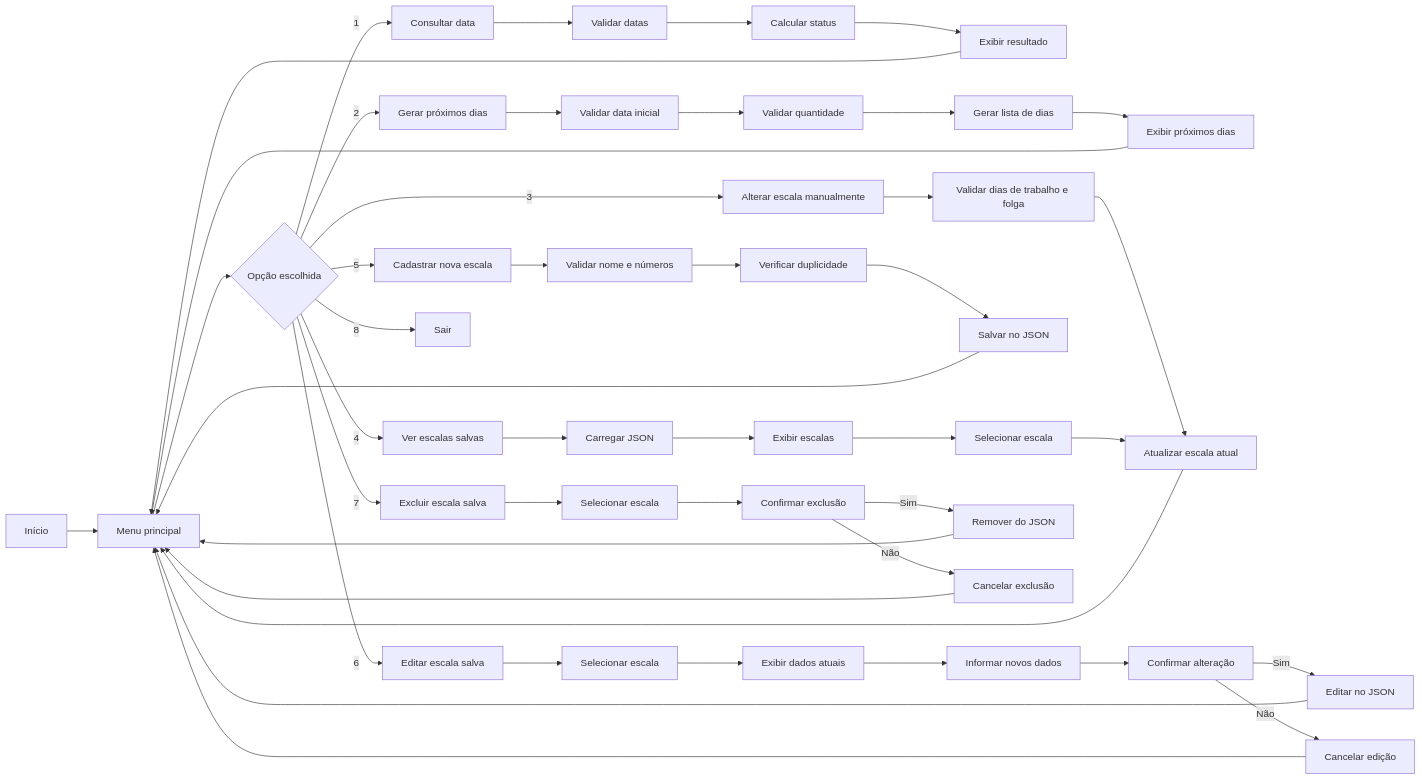
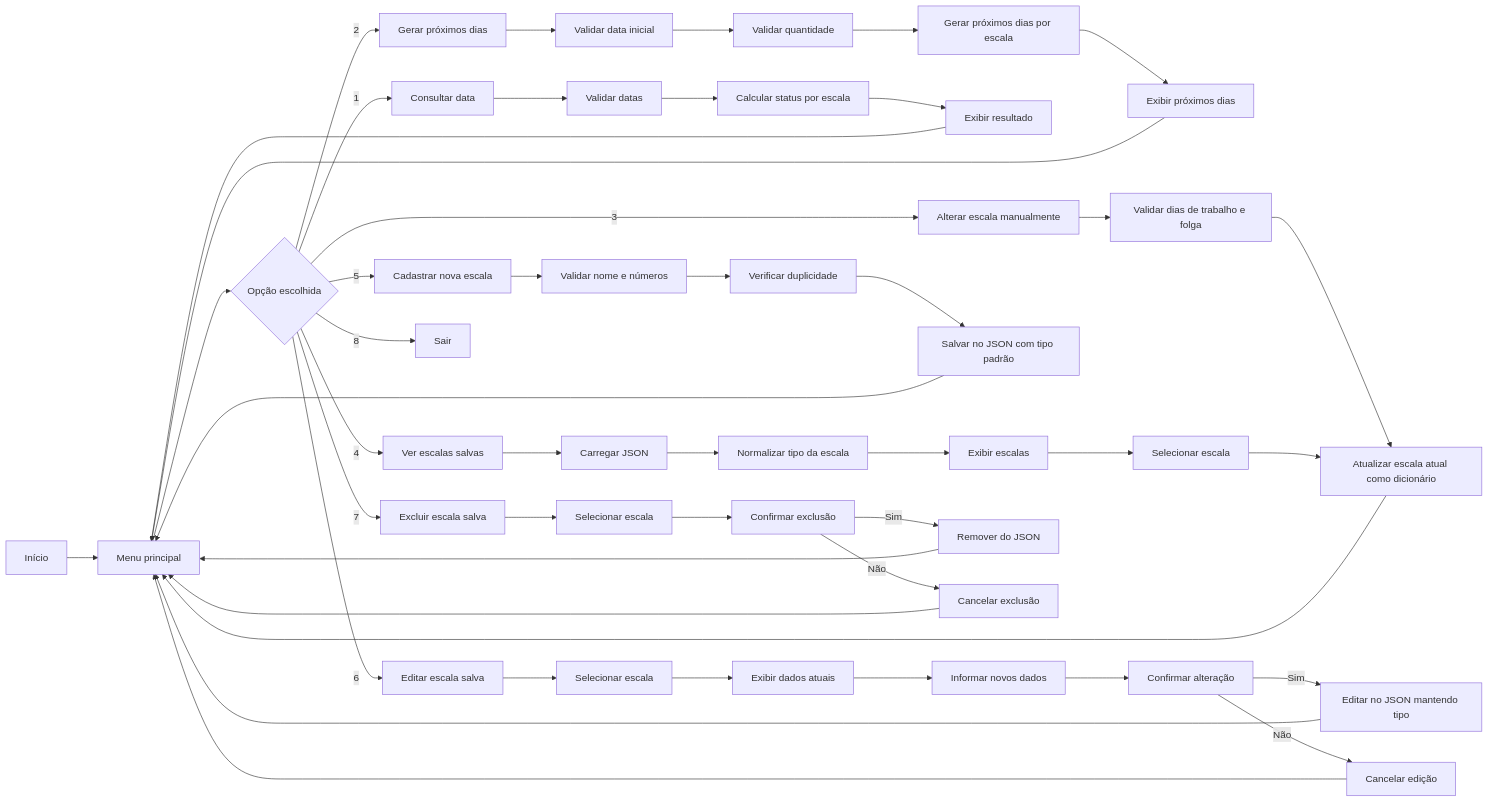
One commit to Dinox75/simulador-escala-trabalho changed the second of 4 diagrams in README.md. Above: the diagram before and after it, drawn with Mermaid. The commit also changed other lines of this file, not shown here.

````diff
--- a/README.md
+++ b/README.md
@@ -461,56 +528,57 @@
 ```mermaid
 flowchart LR
     A[Início] --> B[Menu principal]
     B --> C{Opção escolhida}
 
     C -->|1| D[Consultar data]
     C -->|2| E[Gerar próximos dias]
     C -->|3| F[Alterar escala manualmente]
     C -->|4| G[Ver escalas salvas]
     C -->|5| H[Cadastrar nova escala]
     C -->|6| I[Editar escala salva]
     C -->|7| J[Excluir escala salva]
     C -->|8| K[Sair]
 
     D --> L[Validar datas]
-    L --> M[Calcular status]
+    L --> M[Calcular status por escala]
     M --> N[Exibir resultado]
 
     E --> O[Validar data inicial]
     O --> P[Validar quantidade]
-    P --> Q[Gerar lista de dias]
+    P --> Q[Gerar próximos dias por escala]
     Q --> R[Exibir próximos dias]
 
     F --> S[Validar dias de trabalho e folga]
-    S --> T[Atualizar escala atual]
+    S --> T[Atualizar escala atual como dicionário]
 
     G --> U[Carregar JSON]
-    U --> V[Exibir escalas]
+    U --> U1[Normalizar tipo da escala]
+    U1 --> V[Exibir escalas]
     V --> W[Selecionar escala]
     W --> T
 
     H --> X[Validar nome e números]
     X --> Y[Verificar duplicidade]
-    Y --> Z[Salvar no JSON]
+    Y --> Z[Salvar no JSON com tipo padrão]
 
     I --> AA[Selecionar escala]
     AA --> AB[Exibir dados atuais]
     AB --> AC[Informar novos dados]
     AC --> AD[Confirmar alteração]
-    AD -->|Sim| AE[Editar no JSON]
+    AD -->|Sim| AE[Editar no JSON mantendo tipo]
     AD -->|Não| AF[Cancelar edição]
 
     J --> AG[Selecionar escala]
     AG --> AH[Confirmar exclusão]
     AH -->|Sim| AI[Remover do JSON]
     AH -->|Não| AJ[Cancelar exclusão]
 
     N --> B
     R --> B
     T --> B
     Z --> B
     AE --> B
     AF --> B
     AI --> B
     AJ --> B
 ```
````
